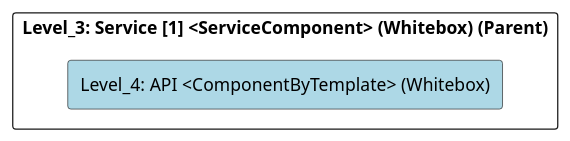
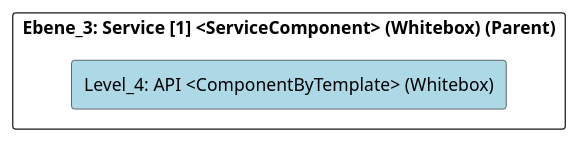
Before and after one commit to marcozwyssig/cleon: the diagram in src/cleon.architecturemethods.arc42.sample/doc/cleon_architecturemethods_arc42_sample_software_microservice/adoc/en/05_building_block_view/microservicesample/servicelayer/service_1/api/level_4_api.adoc, drawn with PlantUML. The commit also changed other lines of this file and 620 other files, not shown here.

```diff
--- a/src/cleon.architecturemethods.arc42.sample/doc/cleon_architecturemethods_arc42_sample_software_microservice/adoc/en/05_building_block_view/microservicesample/servicelayer/service_1/api/level_4_api.adoc
+++ b/src/cleon.architecturemethods.arc42.sample/doc/cleon_architecturemethods_arc42_sample_software_microservice/adoc/en/05_building_block_view/microservicesample/servicelayer/service_1/api/level_4_api.adoc
@@ -20,24 +20,24 @@
 [plantuml, Level_4: API <ComponentByTemplate> (Whitebox)BlockOverview, format="svg"]
 ----
 @startuml Level_4: API <ComponentByTemplate> (Whitebox)BuildingBlockOverview
 
 skinparam ranksep 10
 skinparam componentStyle rectangle
 skinparam shadowing false
 skinparam arrowColor lightblue
 skinparam arrowThickness 1.2
 skinparam rectangle {
   BackgroundColor White
   BorderColor #333
   RoundCorner 10
 }
 top to bottom direction
 
-component "Level_3: Service [1] <ServiceComponent> (Whitebox) (Parent)" {
+component "Ebene_3: Service [1] <ServiceComponent> (Whitebox) (Parent)" {
     component "Level_4: API <ComponentByTemplate> (Whitebox)" #lightblue {
     }
 
 }
 
 @enduml
 ----
```
